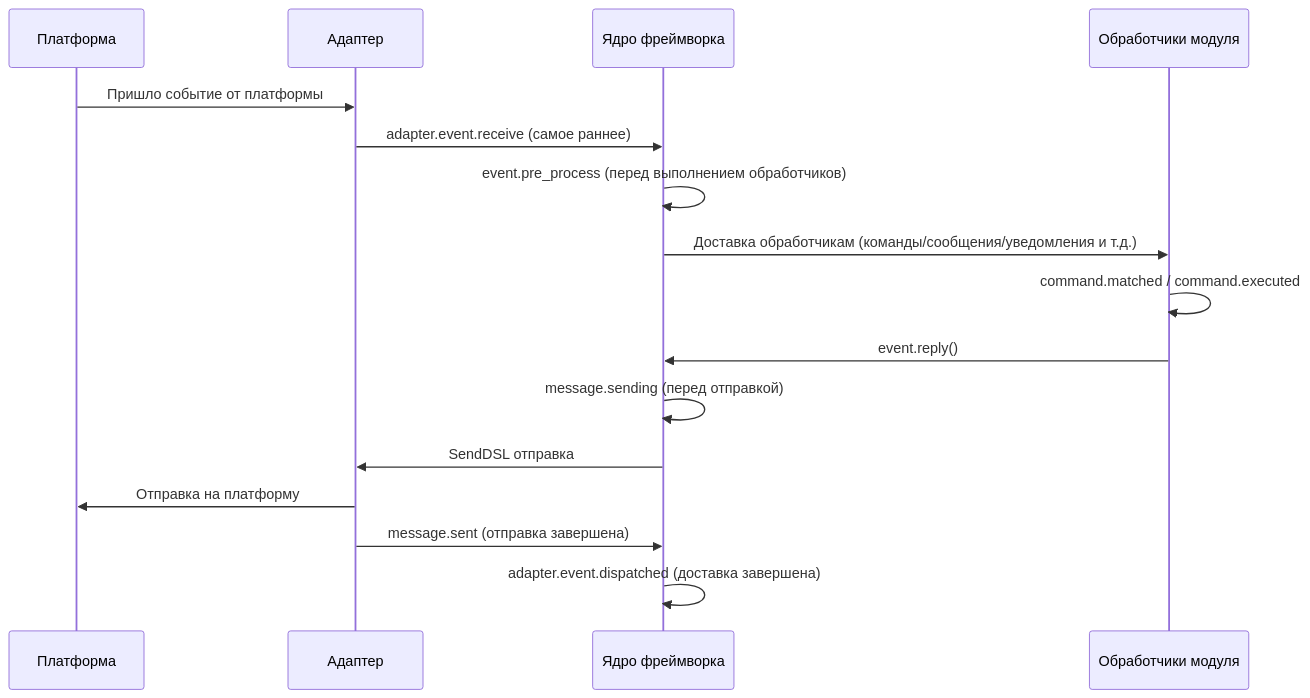
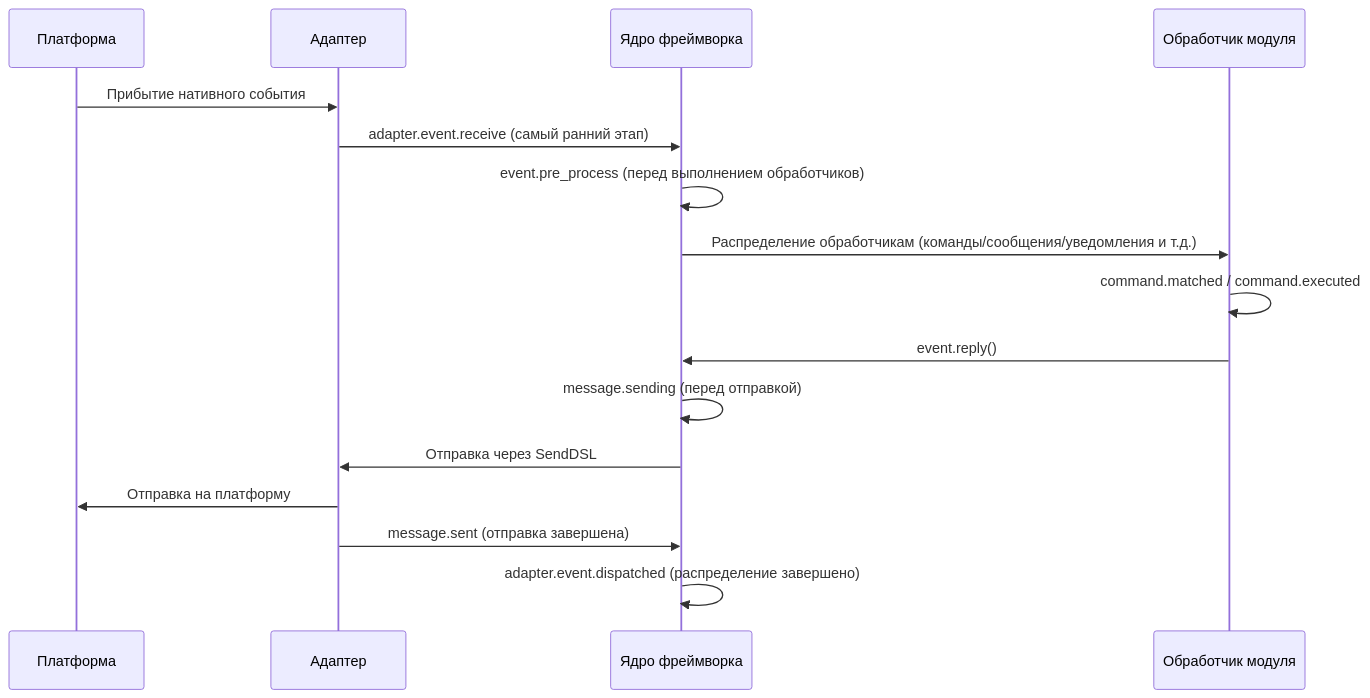
One commit to ErisPulse/ErisPulse changed the diagram in docs/ru/advanced/lifecycle.md. Above: the diagram before and after it, drawn with Mermaid. The commit also changed other lines of this file and 828 other files, not shown here.

````diff
--- a/docs/ru/advanced/lifecycle.md
+++ b/docs/ru/advanced/lifecycle.md
@@ -120,19 +131,19 @@
 ```mermaid
 sequenceDiagram
     participant P as Платформа
     participant A as Адаптер
     participant F as Ядро фреймворка
-    participant M as Обработчики модуля
+    participant M as Обработчик модуля
 
-    P->>A: Пришло событие от платформы
-    A->>F: adapter.event.receive (самое раннее)
+    P->>A: Прибытие нативного события
+    A->>F: adapter.event.receive (самый ранний этап)
     F->>F: event.pre_process (перед выполнением обработчиков)
-    F->>M: Доставка обработчикам (команды/сообщения/уведомления и т.д.)
+    F->>M: Распределение обработчикам (команды/сообщения/уведомления и т.д.)
     M->>M: command.matched / command.executed
     M->>F: event.reply()
     F->>F: message.sending (перед отправкой)
-    F->>A: SendDSL отправка
+    F->>A: Отправка через SendDSL
     A->>P: Отправка на платформу
     A->>F: message.sent (отправка завершена)
-    F->>F: adapter.event.dispatched (доставка завершена)
+    F->>F: adapter.event.dispatched (распределение завершено)
 ```
````
